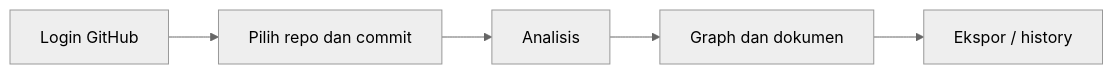
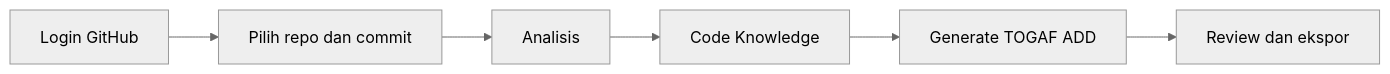
Before and after one commit to AgilePemdigi-2026/sage: the diagram in README.md, drawn with Mermaid (neutral theme). The commit also changed other lines of this file and 22 other files, not shown here.

Commit message:
feat(add): add TOGAF review workspace and exports (#143)

````diff
--- a/README.md
+++ b/README.md
@@ -44,9 +45,10 @@
 ```mermaid
 flowchart LR
-  A["Login GitHub"] --> B["Pilih repo dan commit"] --> C["Analisis"] --> D["Graph dan dokumen"] --> E["Ekspor / history"]
+  A["Login GitHub"] --> B["Pilih repo dan commit"] --> C["Analisis"] --> D["Code Knowledge"] --> E["Generate TOGAF ADD"] --> F["Review dan ekspor"]
   click A "https://github.com/AgilePemdigi-2026/sage/blob/main/docs/guides/GITHUB_APP_SETUP.md" "Setup GitHub App"
   click B "https://github.com/AgilePemdigi-2026/sage/blob/main/docs/guides/USAGE.md#pilih-target" "Pilih target"
   click C "https://github.com/AgilePemdigi-2026/sage/blob/main/docs/guides/USAGE.md#jalankan-analisis" "Progres dan error"
   click D "https://github.com/AgilePemdigi-2026/sage/blob/main/docs/guides/USAGE.md#baca-hasil" "Baca hasil"
-  click E "https://github.com/AgilePemdigi-2026/sage/blob/main/docs/guides/USAGE.md#ekspor-dan-history" "Ekspor dan history"
+  click E "https://github.com/AgilePemdigi-2026/sage/blob/main/docs/reference/TOGAF_ADD.md" "TOGAF ADD"
+  click F "https://github.com/AgilePemdigi-2026/sage/blob/main/docs/guides/USAGE.md#ekspor-dan-history" "Review, ekspor, dan history"
 ```
````
